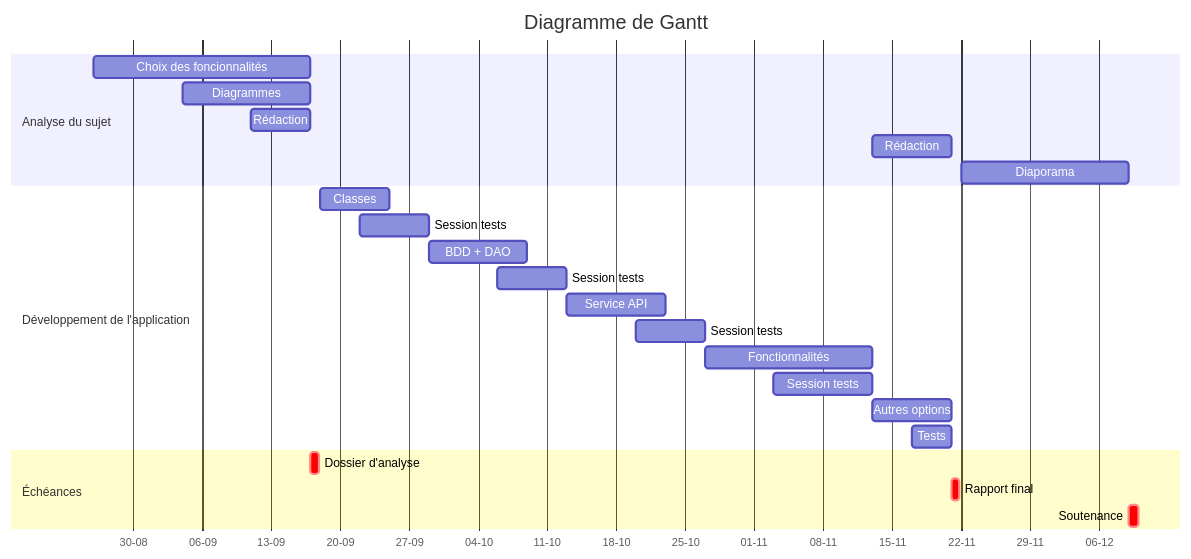
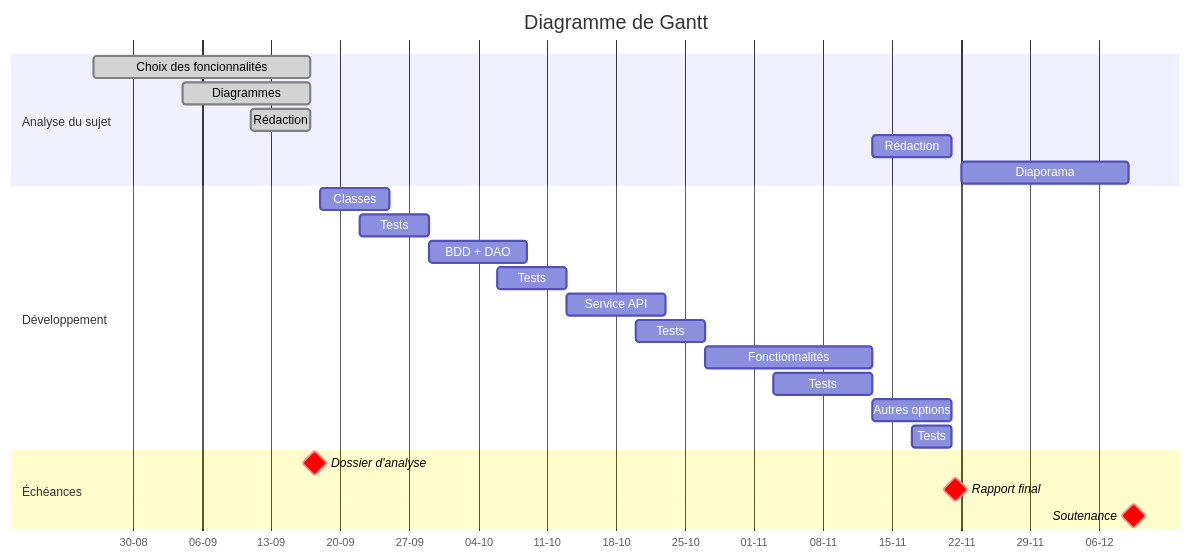
Before and after one commit to lou-ann14/ensai-it-project-2a-team31: the diagram in Dossier_analyse.qmd, drawn with Mermaid.

Commit message:
diagramme Gantt V2

````diff
--- a/Dossier_analyse.qmd
+++ b/Dossier_analyse.qmd
@@ -5,31 +5,31 @@
 ```{mermaid}
 gantt
     todayMarker off
     dateFormat DD-MM-YYYY
     axisFormat %d-%m
     title Diagramme de Gantt
     section Analyse du sujet
-        Choix des foncionnalités :26-08-2026, 17-09-2026
-        Diagrammes : 04-09-2026, 13d
-        Rédaction : 11-09-2026, 6d
+        Choix des foncionnalités : done, 26-08-2026, 17-09-2026
+        Diagrammes : done, 04-09-2026, 13d
+        Rédaction : done, 11-09-2026, 6d
         Rédaction : 13-11-2026, 21-11-2026
         Diaporama : 22-11-2026, 09-12-2026
 
-    section Développement de l'application
+    section Développement
         Classes : 18-09-2026, 1w
-        Session tests : 22-09-2026, 1w
+        Tests : 22-09-2026, 1w
         BDD + DAO : 29-09-2026, 09-10-2026
-        Session tests : 06-10-2026, 1w
+        Tests : 06-10-2026, 1w
         Service API : 13-10-2026, 23-10-2026
-        Session tests : 20-10-2026, 1w
+        Tests : 20-10-2026, 1w
         Fonctionnalités : 27-10-2026, 13-11-2026
-        Session tests : 03-11-2026, 10d
+        Tests : 03-11-2026, 10d
         Autres options : 13-11-2026, 21-11-2026
         Tests : 17-11-2026, 21-11-2026
 
     section Échéances
-        Dossier d'analyse : crit, 17-09-2026, 20h
-        Rapport final : crit, 21-11-2026, 20h
-        Soutenance : crit, 09-12-2026, 1d
+        Dossier d'analyse : milestone, crit, 17-09-2026, 20h
+        Rapport final : milestone, crit, 21-11-2026, 20h
+        Soutenance : milestone, crit, 09-12-2026, 1d
 
 ```
````
